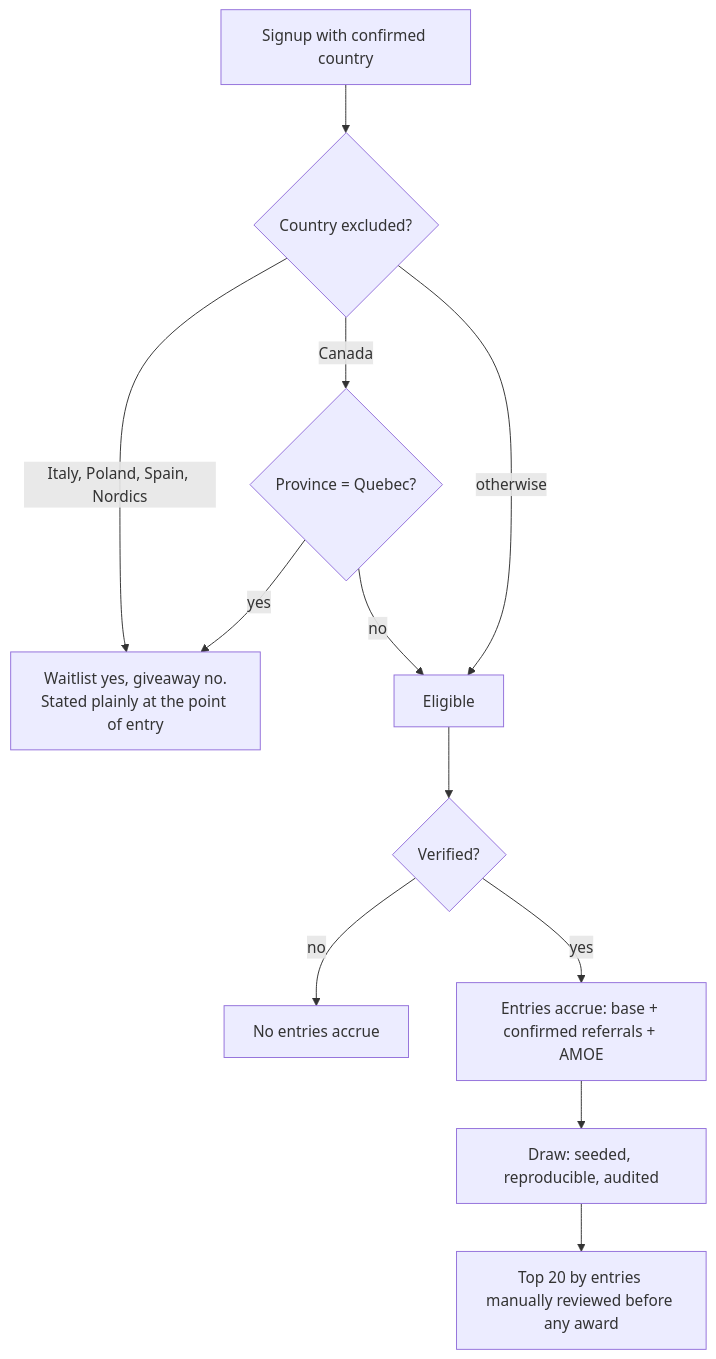
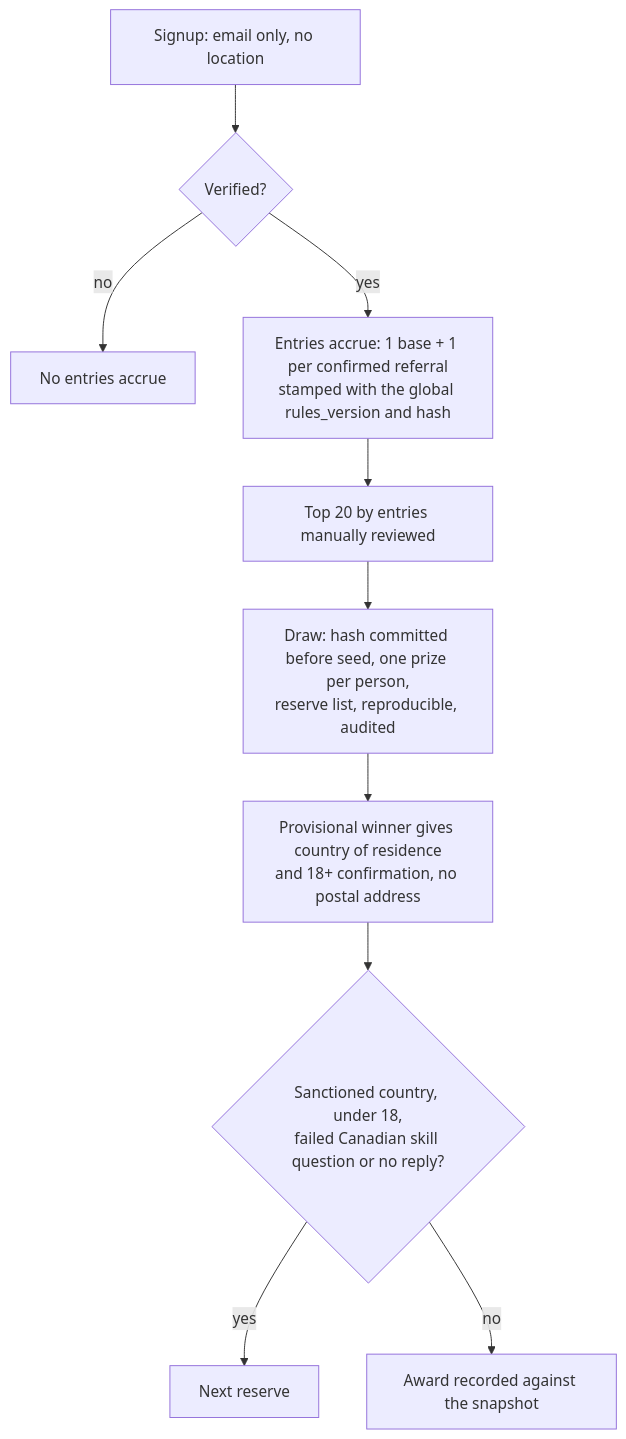
One commit to BorisLovrenovic/valstara-prelaunch changed the fifth of 7 diagrams in docs/architecture/overview.md. Above: the diagram before and after it, drawn with Mermaid. The commit also changed other lines of this file and 40 other files, not shown here.

````diff
--- a/docs/architecture/overview.md
+++ b/docs/architecture/overview.md
@@ -162,14 +161,12 @@
 ```mermaid
 flowchart TD
-  S[Signup with confirmed country] --> X{Country excluded?}
-  X -- Italy, Poland, Spain, Nordics --> NO[Waitlist yes, giveaway no.<br/>Stated plainly at the point of entry]
-  X -- Canada --> Q{Province = Quebec?}
-  Q -- yes --> NO
-  Q -- no --> OK
-  X -- otherwise --> OK[Eligible]
-  OK --> V{Verified?}
+  S[Signup: email only, no location] --> V{Verified?}
   V -- no --> PEND[No entries accrue]
-  V -- yes --> E[Entries accrue: base + confirmed referrals + AMOE]
-  E --> D[Draw: seeded, reproducible, audited]
-  D --> REV[Top 20 by entries manually reviewed before any award]
+  V -- yes --> E[Entries accrue: 1 base + 1 per confirmed referral<br/>stamped with the global rules_version and hash]
+  E --> REV[Top 20 by entries manually reviewed]
+  REV --> D[Draw: hash committed before seed, one prize per person,<br/>reserve list, reproducible, audited]
+  D --> W[Provisional winner gives country of residence<br/>and 18+ confirmation, no postal address]
+  W --> C{Sanctioned country, under 18,<br/>failed Canadian skill question or no reply?}
+  C -- yes --> R[Next reserve]
+  C -- no --> AW[Award recorded against the snapshot]
 ```
````
